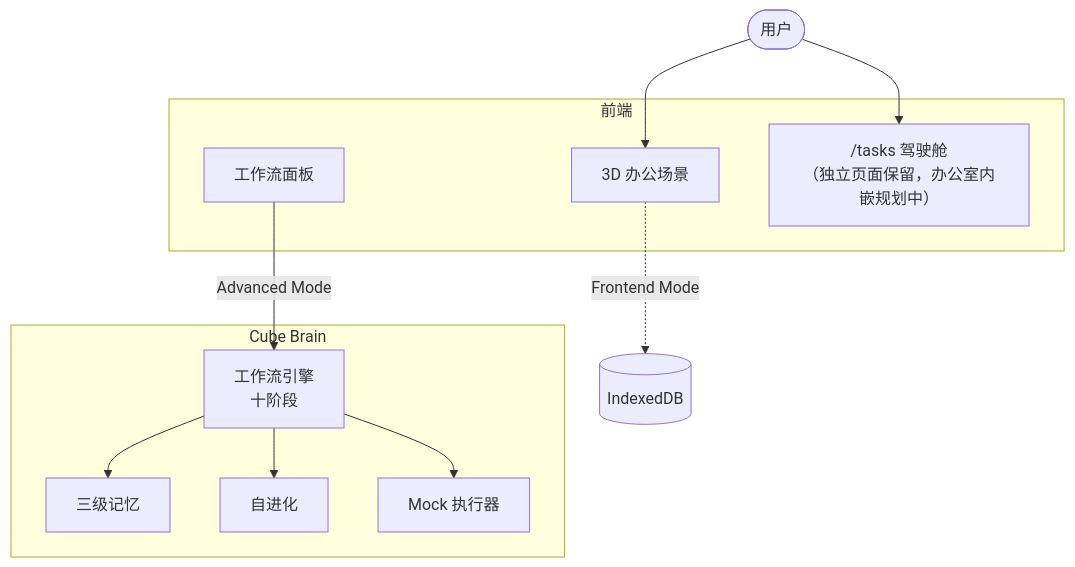
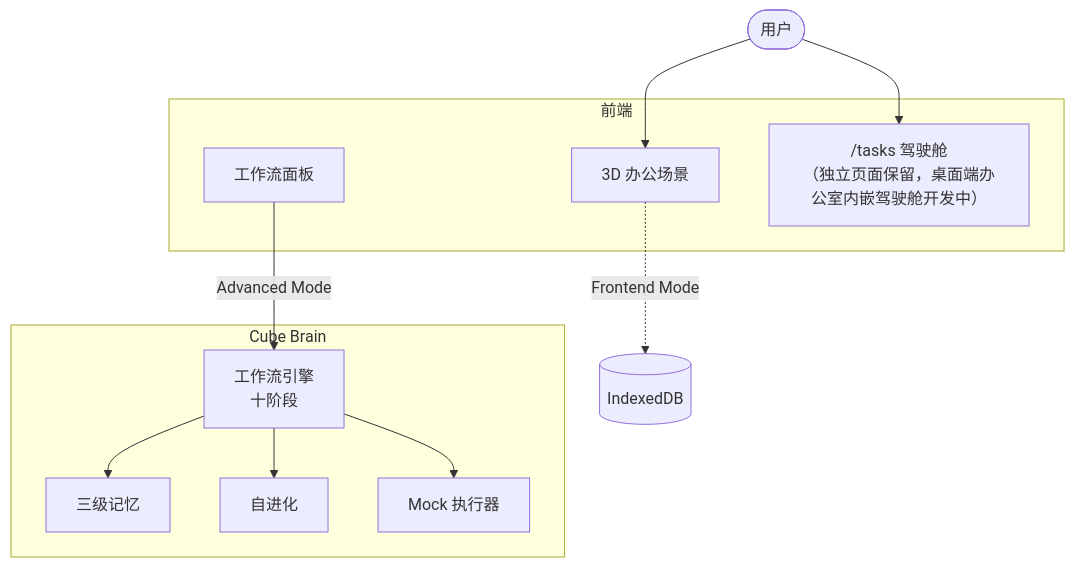
The second of 6 diagrams in .kiro/steering/spec-execution-roadmap.md (xiaojilele-glitch/cube-pets-office), drawn with Mermaid before and after one commit. The commit also changed other lines of this file and 13 other files, not shown here.

````diff
--- a/.kiro/steering/spec-execution-roadmap.md
+++ b/.kiro/steering/spec-execution-roadmap.md
@@ -334,22 +332,22 @@
 ```mermaid
 flowchart TB
   User([用户])
 
   subgraph Client["前端"]
     Scene3D["3D 办公场景"]
     WFPanel["工作流面板"]
-    Tasks["/tasks 驾驶舱<br/>（独立页面保留，办公室内嵌规划中）"]
+    Tasks["/tasks 驾驶舱<br/>（独立页面保留，桌面端办公室内嵌驾驶舱开发中）"]
   end
 
   subgraph Brain["Cube Brain"]
     Engine["工作流引擎<br/>十阶段"]
     Memory["三级记忆"]
     Evo["自进化"]
     Mock["Mock 执行器"]
   end
 
   User --> Scene3D & Tasks
   Scene3D -.->|Frontend Mode| IDB[(IndexedDB)]
   WFPanel -->|Advanced Mode| Engine
   Engine --> Memory & Evo & Mock
 ```
````
